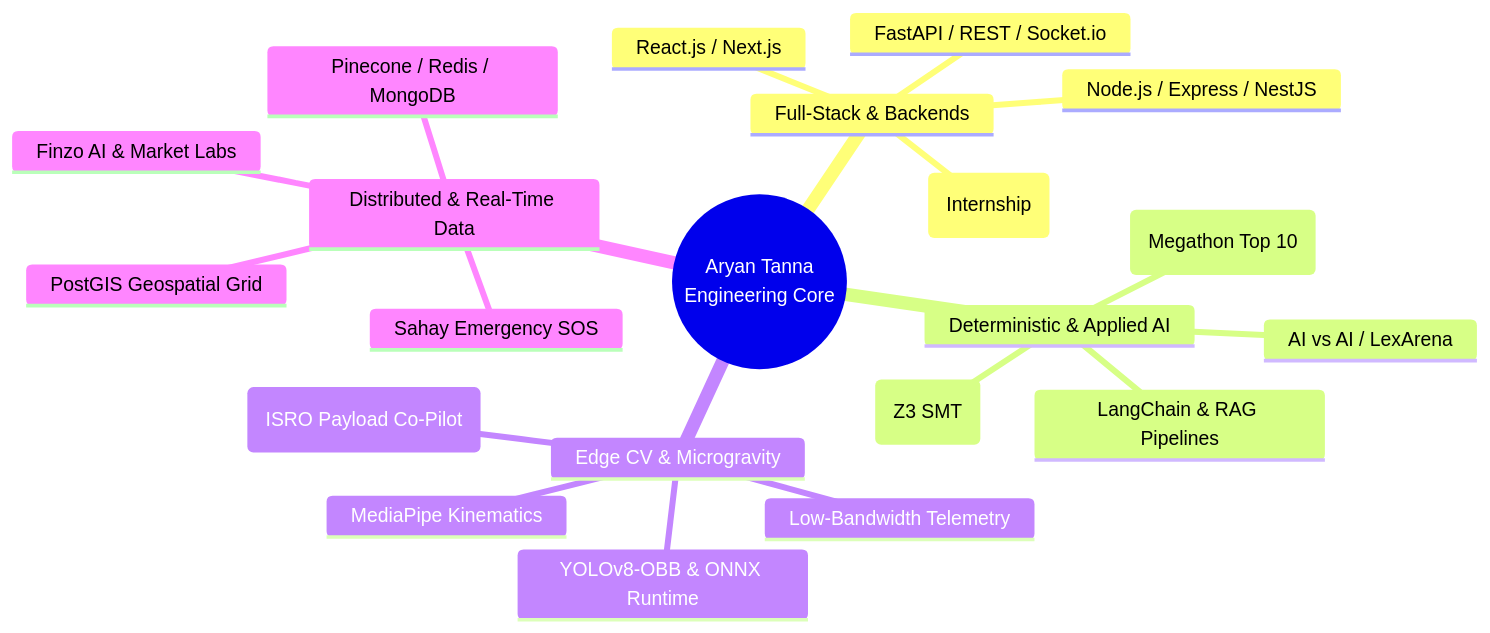
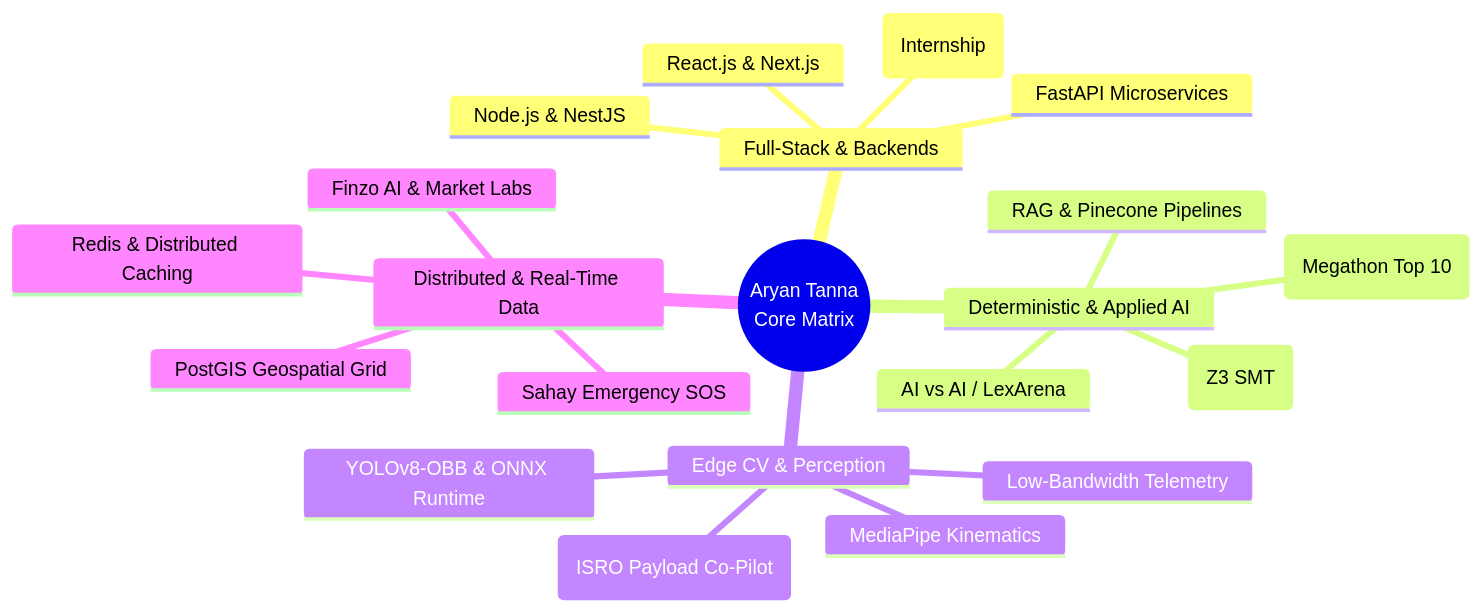
The diagram in README.md (Aryan-Tanna/Aryan-Tanna), drawn with Mermaid before and after one commit. The commit also changed other lines of this file, not shown here.

````diff
--- a/README.md
+++ b/README.md
@@ -42,24 +38,24 @@
 ```mermaid
 mindmap
-  root((Aryan Tanna<br/>Engineering Core))
+  root((Aryan Tanna<br/>Core Matrix))
     Full-Stack & Backends
-      React.js / Next.js
-      Node.js / Express / NestJS
-      FastAPI / REST / Socket.io
+      React.js & Next.js
+      Node.js & NestJS
+      FastAPI Microservices
       Asthatic Social (Internship)
     Deterministic & Applied AI
       Neuro-Symbolic Logic (Z3 SMT)
       AI vs AI / LexArena
       Saral AI (Megathon Top 10)
-      LangChain & RAG Pipelines
-    Edge CV & Microgravity
+      RAG & Pinecone Pipelines
+    Edge CV & Perception
       YOLOv8-OBB & ONNX Runtime
       MediaPipe Kinematics
       VYOM (ISRO Payload Co-Pilot)
       Low-Bandwidth Telemetry
     Distributed & Real-Time Data
       PostGIS Geospatial Grid
       Sahay Emergency SOS
       Finzo AI & Market Labs
-      Pinecone / Redis / MongoDB
+      Redis & Distributed Caching
 ```
````
